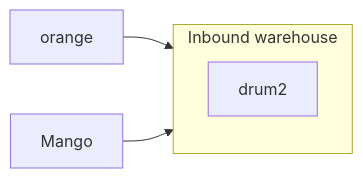
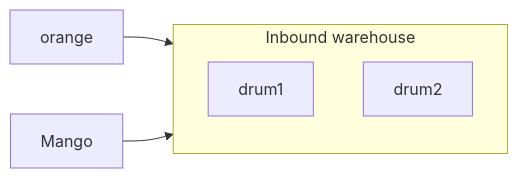
Before and after one commit to moonIsMyFriend/basicConcept.github.io: the second of 2 diagrams in _posts/2024-05-01-TFC-round-3.md, drawn with Mermaid.

```diff
--- a/_posts/2024-05-01-TFC-round-3.md
+++ b/_posts/2024-05-01-TFC-round-3.md
@@ -22,11 +22,11 @@
  <pre class="mermaid">
     flowchart LR
       subgraph "Inbound warehouse"
-        direction TD
+        direction TB
         id[drum1]
-        id[drum2]
+        id2[drum2]
       end
       orange --> id[drum1]
-      Mango --> id[drum2]
+      Mango --> id2[drum2]
 
 </pre>
```
